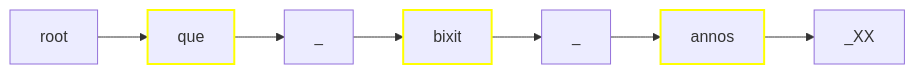
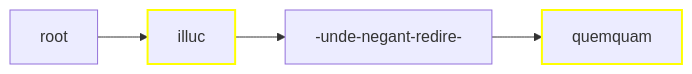
The third of 3 diagrams in docs/add.md (vedph/cadmus-migration-v2), drawn with Mermaid before and after one commit. The commit also changed other lines of this file and 4 other files, not shown here.

````diff
--- a/docs/add.md
+++ b/docs/add.md
@@ -164,15 +165,11 @@
 ```mermaid
 graph LR;
 
 classDef em stroke:yellow,stroke-width:2px;
 
-root --> 1[que]
+root --> 1[illuc]
 class 1 em;
-1 --> 2[_]
-2 --> 3[bixit]
+1 --> 2[-unde-negant-redire-]
+2 --> 3[quemquam]
 class 3 em;
-3 --> 4[_]
-4 --> 5[annos]
-class 5 em;
-5 --> 6[_XX]
 ```
````
